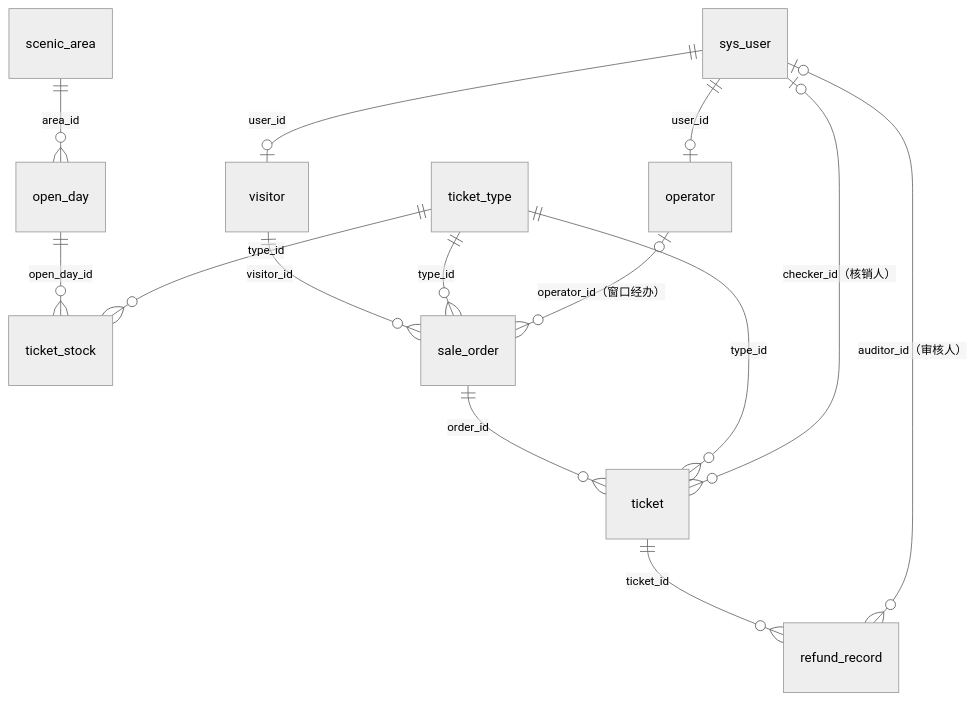
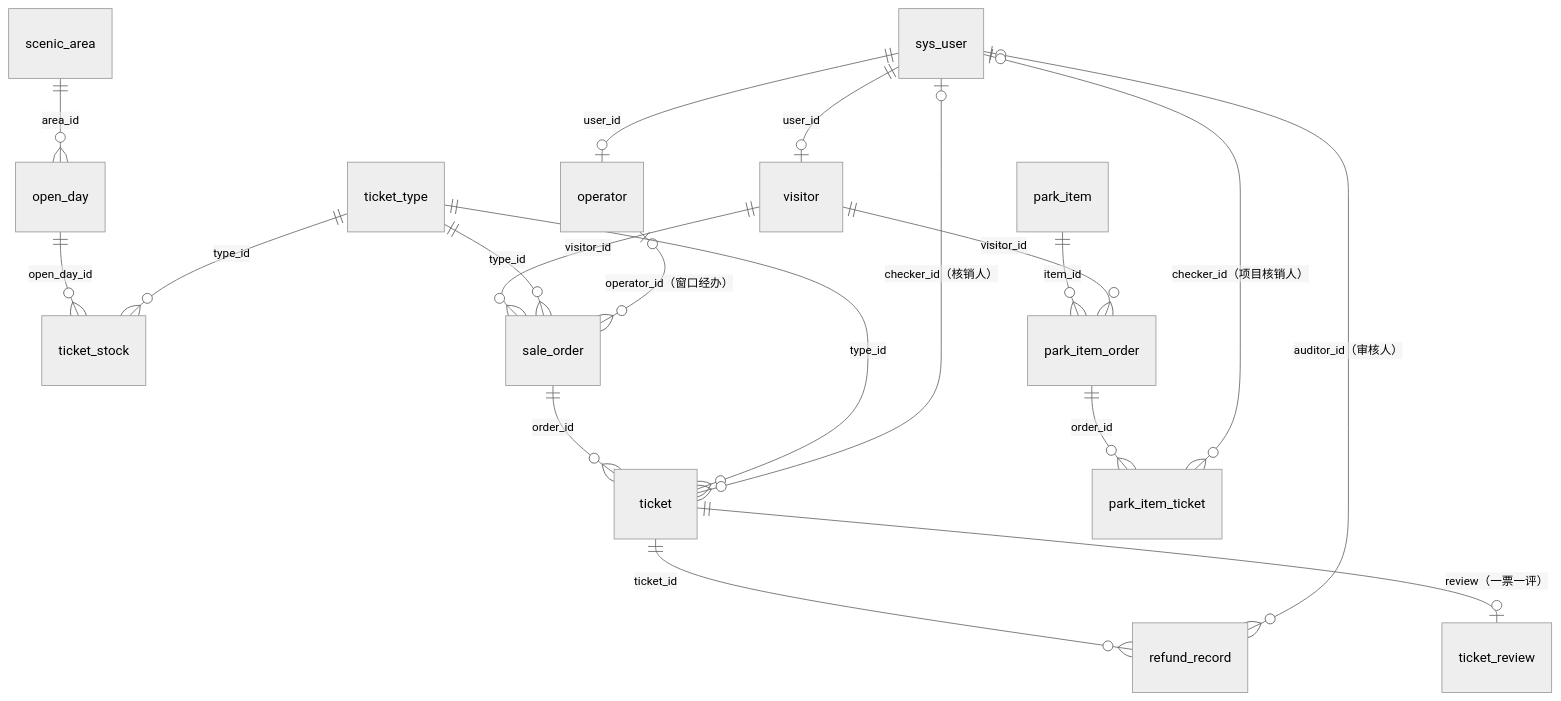
The sixth of 6 diagrams in docs/景区售票系统课程设计-概要与详细设计.md (Ann0y/laravel), drawn with Mermaid (neutral theme) before and after one commit. The commit also changed other lines of this file and 4 other files, not shown here.

````diff
--- a/docs/景区售票系统课程设计-概要与详细设计.md
+++ b/docs/景区售票系统课程设计-概要与详细设计.md
@@ -282,16 +290,21 @@
 ```mermaid
 erDiagram
     sys_user ||--o| visitor : "user_id"
     sys_user ||--o| operator : "user_id"
     scenic_area ||--o{ open_day : "area_id"
     open_day ||--o{ ticket_stock : "open_day_id"
     ticket_type ||--o{ ticket_stock : "type_id"
     visitor ||--o{ sale_order : "visitor_id"
     ticket_type ||--o{ sale_order : "type_id"
     operator |o--o{ sale_order : "operator_id（窗口经办）"
     sale_order ||--o{ ticket : "order_id"
     ticket_type ||--o{ ticket : "type_id"
     ticket ||--o{ refund_record : "ticket_id"
     sys_user |o--o{ ticket : "checker_id（核销人）"
     sys_user |o--o{ refund_record : "auditor_id（审核人）"
+    ticket ||--o| ticket_review : "review（一票一评）"
+    park_item ||--o{ park_item_order : "item_id"
+    visitor ||--o{ park_item_order : "visitor_id"
+    park_item_order ||--o{ park_item_ticket : "order_id"
+    sys_user |o--o{ park_item_ticket : "checker_id（项目核销人）"
 ```
````
